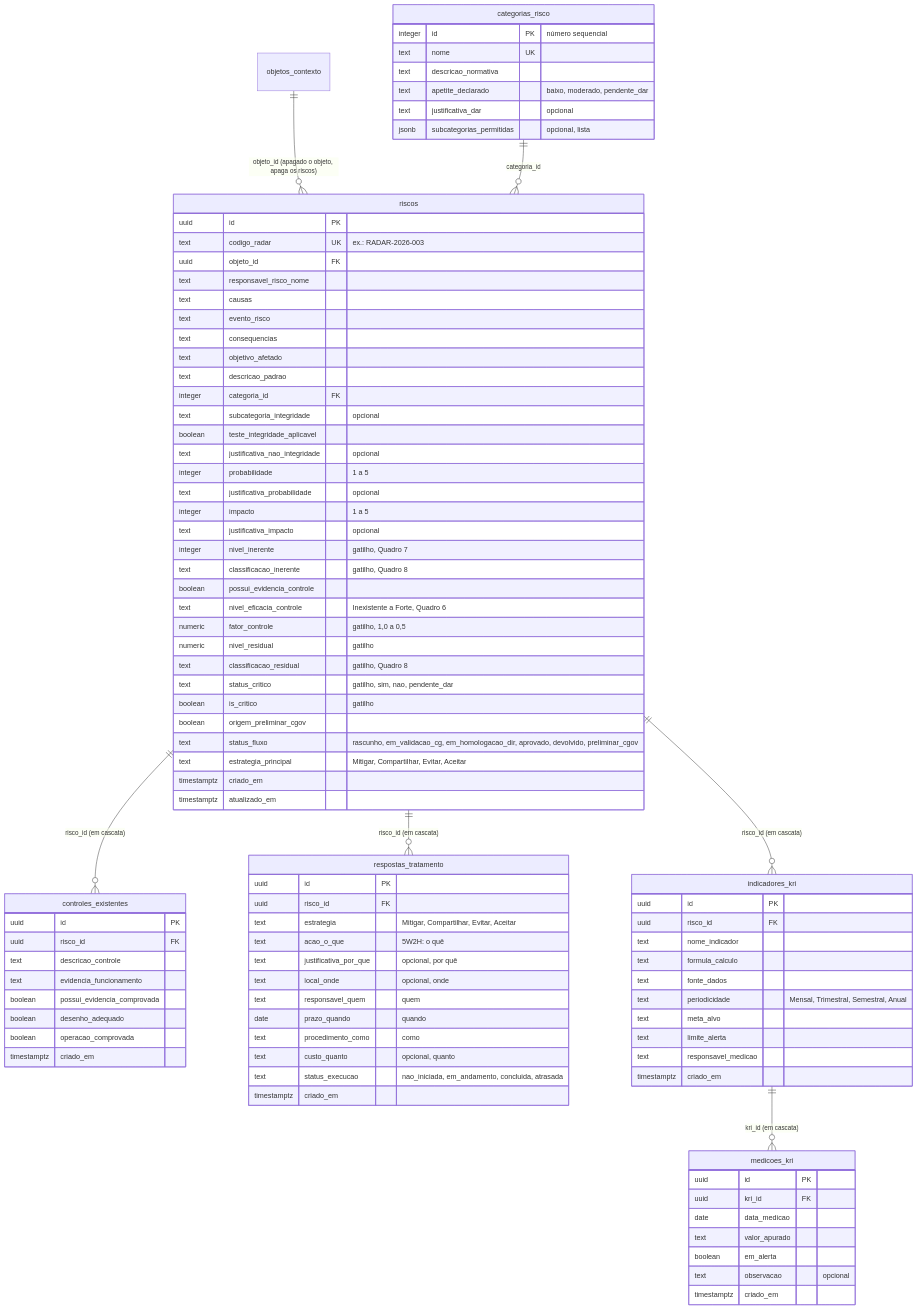
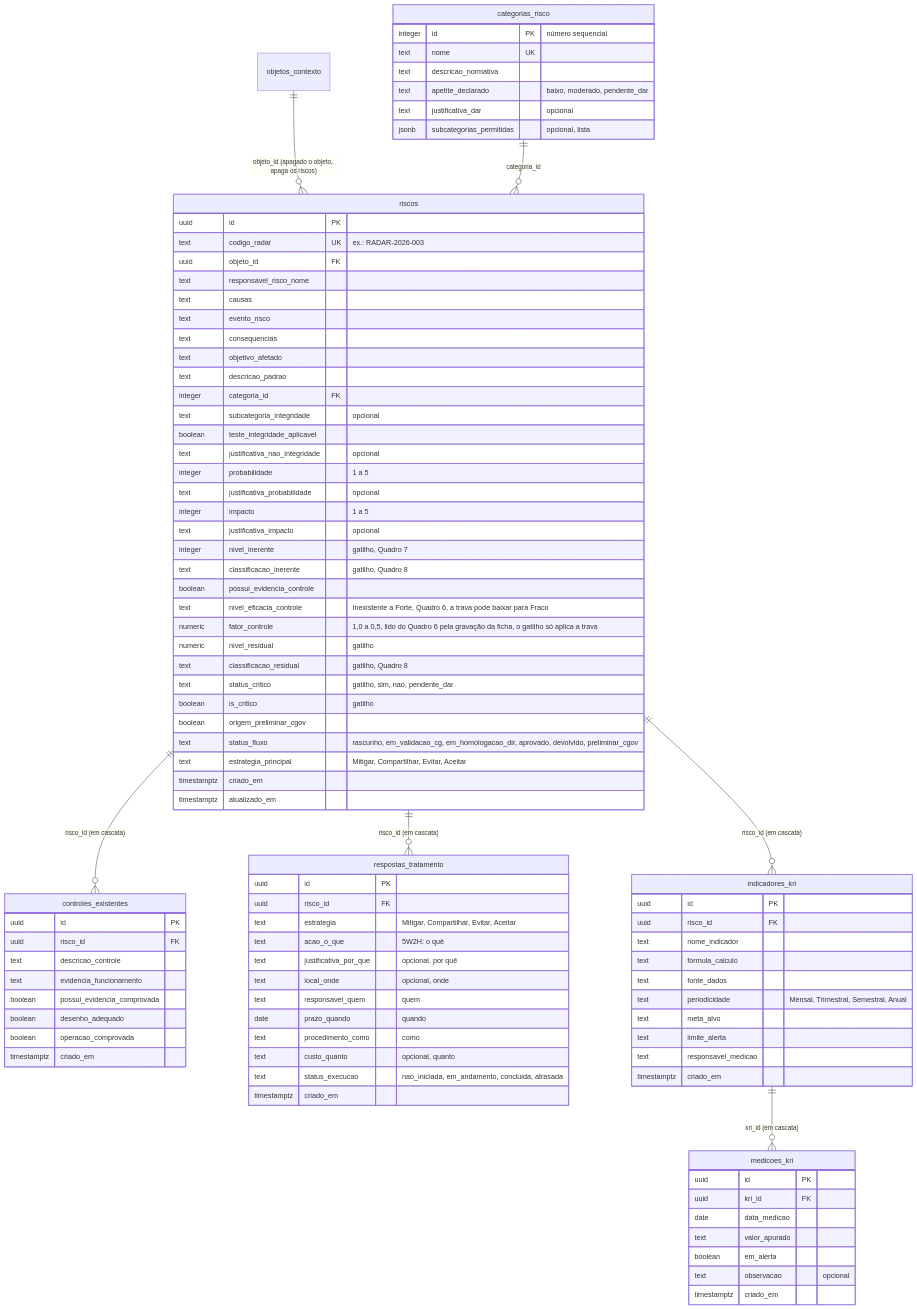
Before and after one commit to lpchagas/cgov-riscos: the second of 3 diagrams in docs/40-nivel4-dados/der-logico.md, drawn with Mermaid. The commit also changed 5 other files, not shown here.

```diff
--- a/docs/40-nivel4-dados/der-logico.md
+++ b/docs/40-nivel4-dados/der-logico.md
@@ -136,8 +136,8 @@
         integer nivel_inerente "gatilho, Quadro 7"
         text classificacao_inerente "gatilho, Quadro 8"
         boolean possui_evidencia_controle
-        text nivel_eficacia_controle "Inexistente a Forte, Quadro 6"
-        numeric fator_controle "gatilho, 1,0 a 0,5"
+        text nivel_eficacia_controle "Inexistente a Forte, Quadro 6, a trava pode baixar para Fraco"
+        numeric fator_controle "1,0 a 0,5, lido do Quadro 6 pela gravação da ficha, o gatilho só aplica a trava"
         numeric nivel_residual "gatilho"
         text classificacao_residual "gatilho, Quadro 8"
         text status_critico "gatilho, sim, nao, pendente_dar"
```
